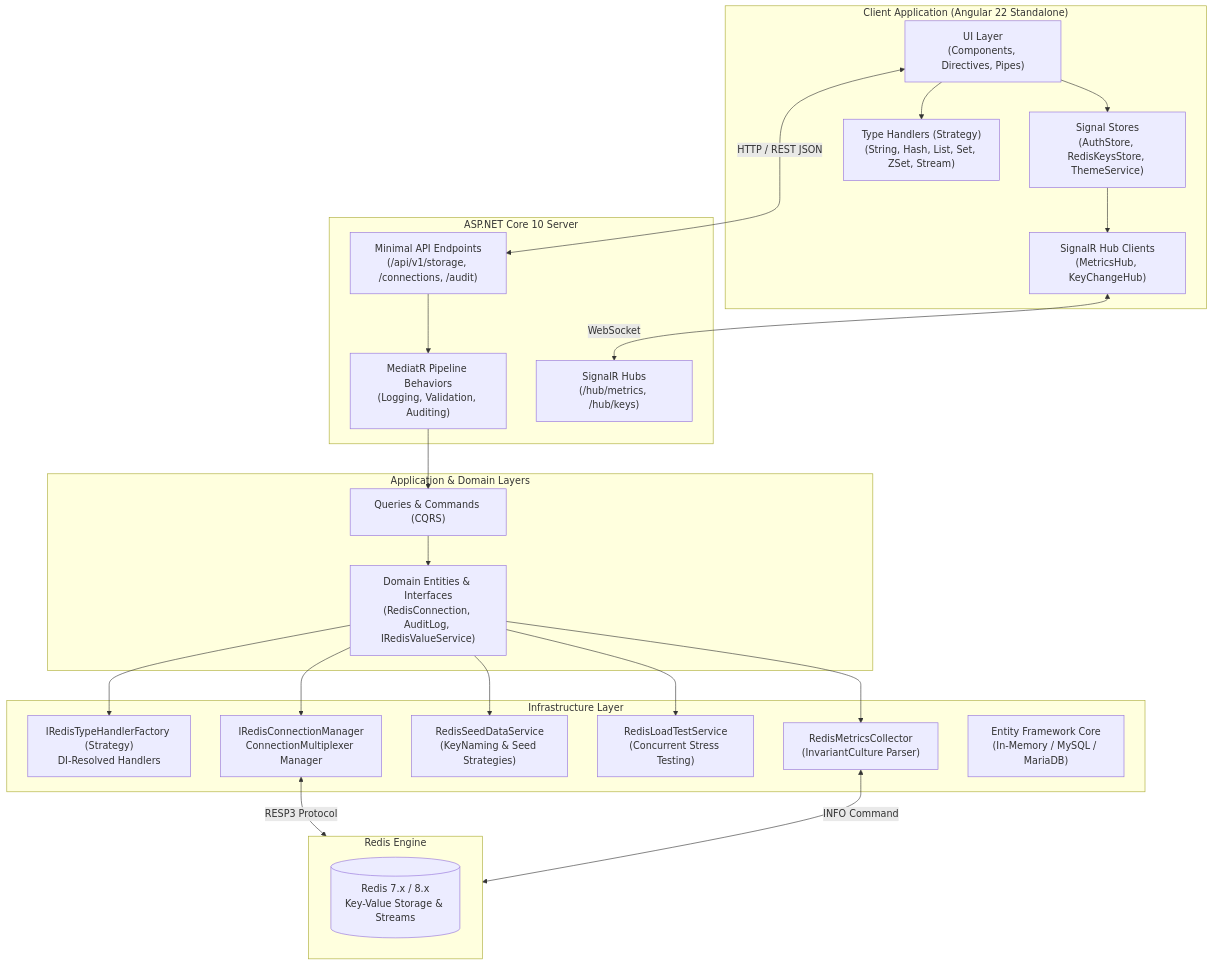
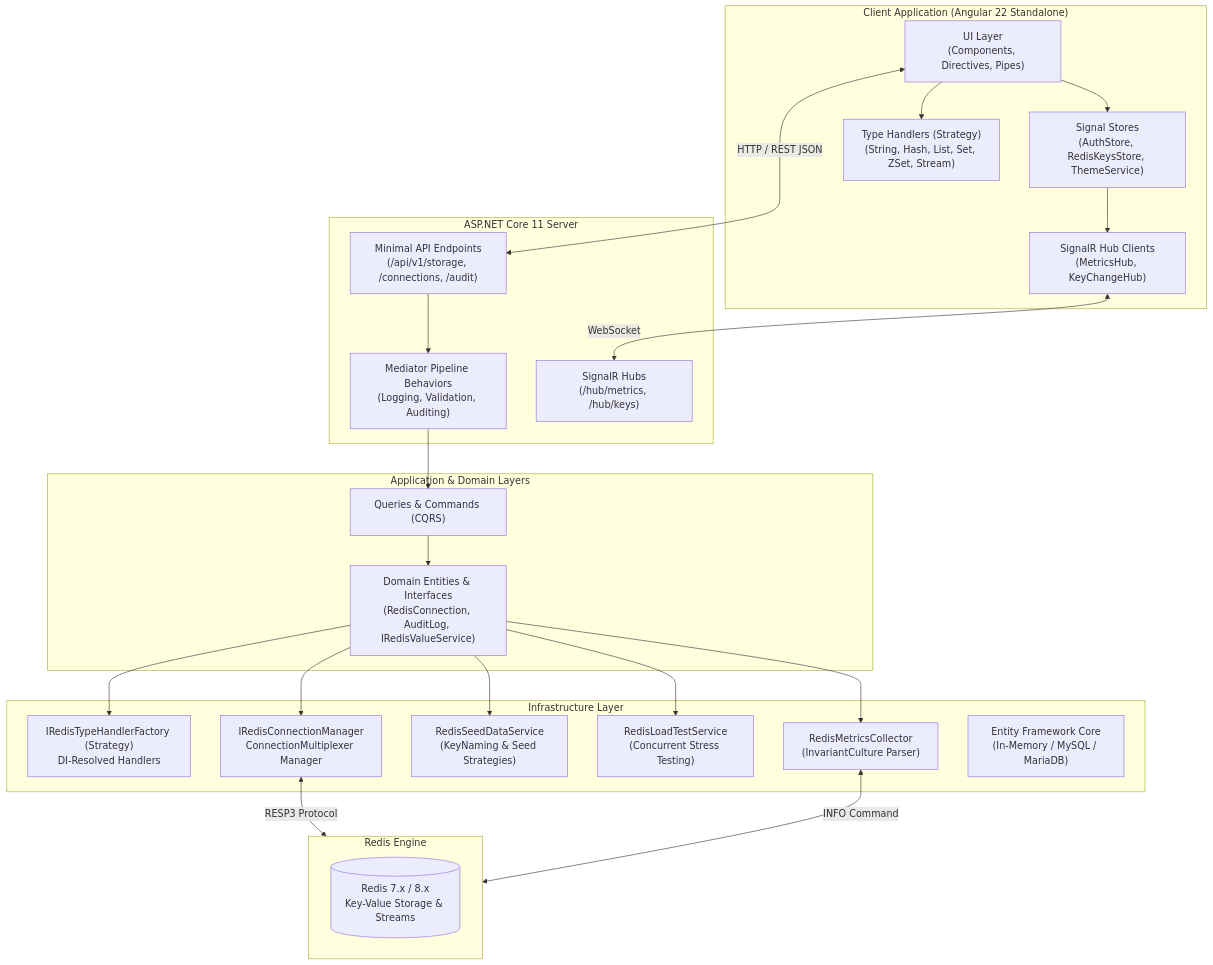
Before and after one commit to dellik95/redis-gui: the first of 3 diagrams in docs/architecture.md, drawn with Mermaid. The commit also changed other lines of this file and 136 other files, not shown here.

Commit message:
Organize features and run request validation through mediator

````diff
--- a/docs/architecture.md
+++ b/docs/architecture.md
@@ -22,50 +22,50 @@
 ```mermaid
 flowchart TD
     subgraph Browser ["Client Application (Angular 22 Standalone)"]
         UI["UI Layer\n(Components, Directives, Pipes)"]
         SignalStore["Signal Stores\n(AuthStore, RedisKeysStore, ThemeService)"]
         Handlers["Type Handlers (Strategy)\n(String, Hash, List, Set, ZSet, Stream)"]
         SignalRClient["SignalR Hub Clients\n(MetricsHub, KeyChangeHub)"]
         UI --> SignalStore
         UI --> Handlers
         SignalStore --> SignalRClient
     end
 
-    subgraph API ["ASP.NET Core 10 Server"]
+    subgraph API ["ASP.NET Core 11 Server"]
         Endpoints["Minimal API Endpoints\n(/api/v1/storage, /connections, /audit)"]
-        Pipeline["MediatR Pipeline Behaviors\n(Logging, Validation, Auditing)"]
+        Pipeline["Mediator Pipeline Behaviors\n(Logging, Validation, Auditing)"]
         Hubs["SignalR Hubs\n(/hub/metrics, /hub/keys)"]
         Endpoints --> Pipeline
     end
 
     subgraph AppCore ["Application & Domain Layers"]
         Queries["Queries & Commands (CQRS)"]
         Domain["Domain Entities & Interfaces\n(RedisConnection, AuditLog, IRedisValueService)"]
         Pipeline --> Queries
         Queries --> Domain
     end
 
     subgraph Infra ["Infrastructure Layer"]
         TypeFactory["IRedisTypeHandlerFactory (Strategy)\nDI-Resolved Handlers"]
         ConnPool["IRedisConnectionManager\nConnectionMultiplexer Manager"]
         Seeder["RedisSeedDataService\n(KeyNaming & Seed Strategies)"]
         LoadTester["RedisLoadTestService\n(Concurrent Stress Testing)"]
         MetricsCollector["RedisMetricsCollector\n(InvariantCulture Parser)"]
         EF["Entity Framework Core\n(In-Memory / MySQL / MariaDB)"]
         
         Domain --> TypeFactory
         Domain --> ConnPool
         Domain --> Seeder
         Domain --> LoadTester
         Domain --> MetricsCollector
     end
 
     subgraph RedisServer ["Redis Engine"]
         RedisDB[("Redis 7.x / 8.x\nKey-Value Storage & Streams")]
     end
 
     SignalRClient <-->|WebSocket| Hubs
     UI <-->|HTTP / REST JSON| Endpoints
     ConnPool <-->|RESP3 Protocol| RedisServer
     MetricsCollector <-->|INFO Command| RedisServer
 ```
````
